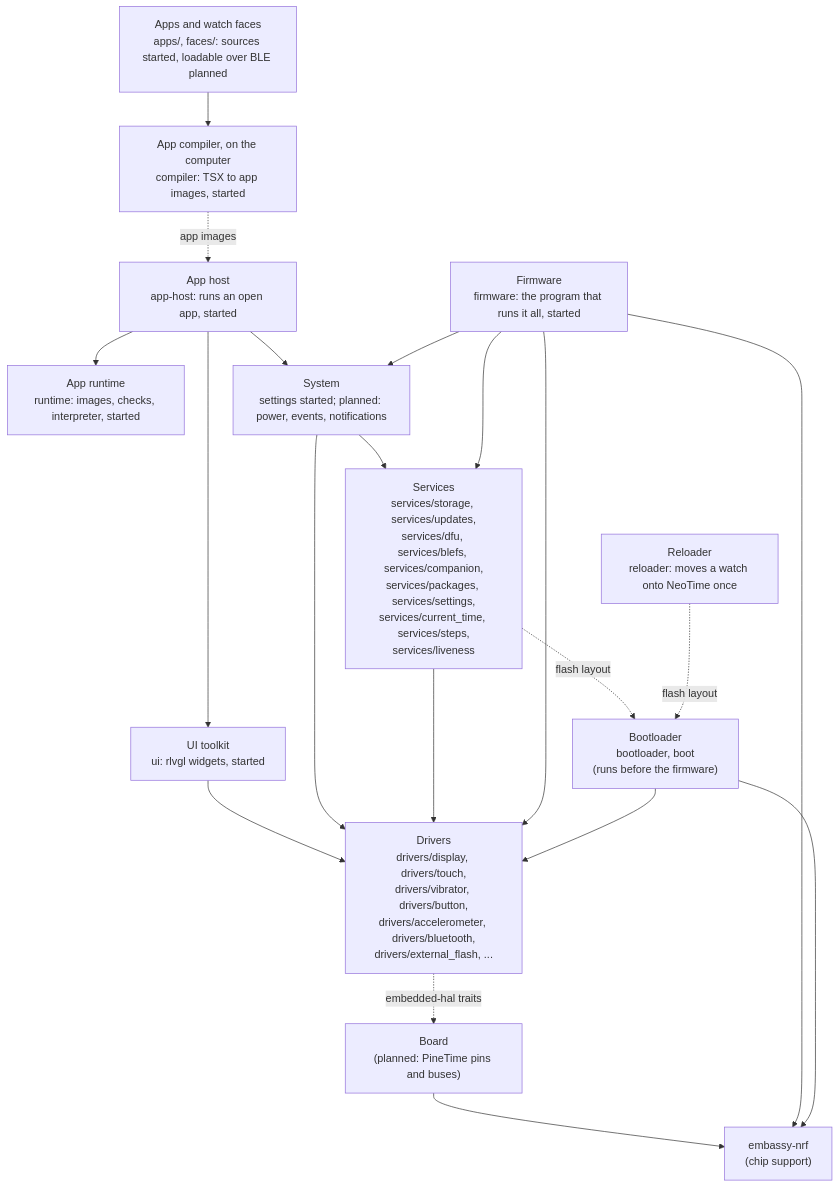
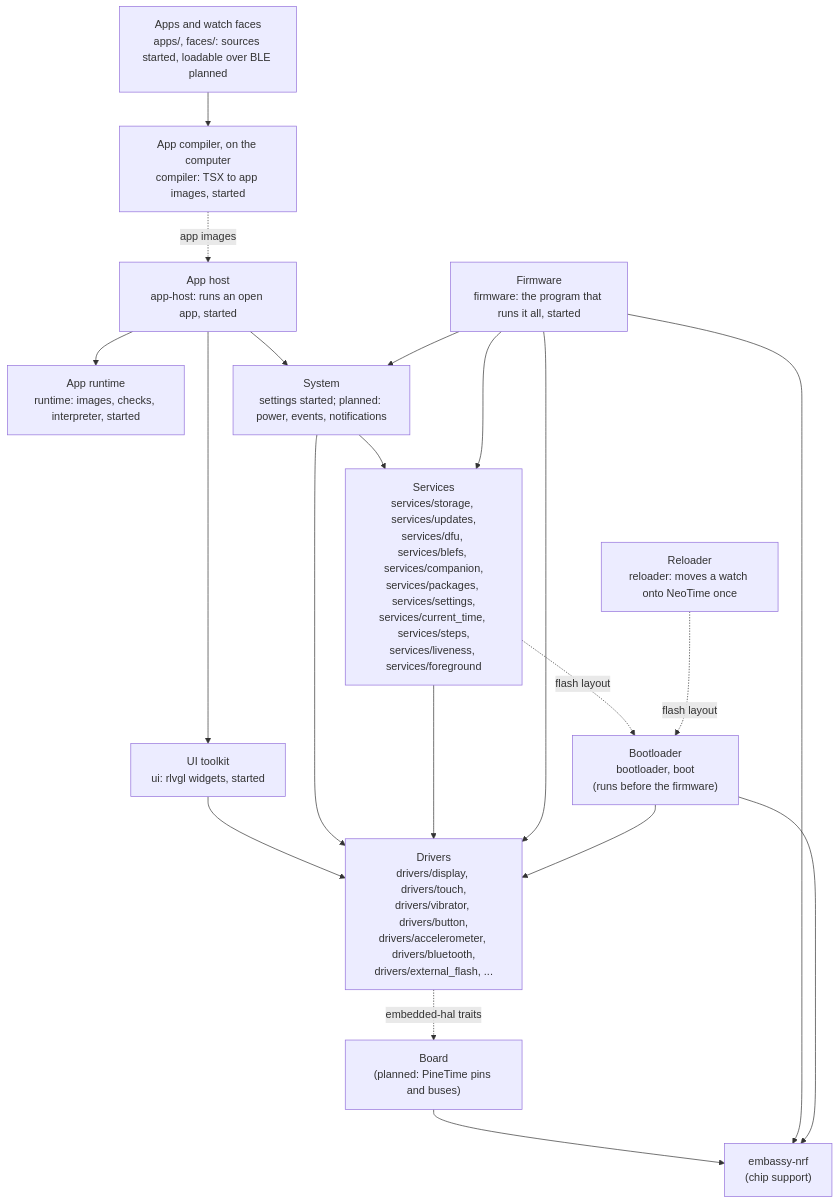
One commit to BeatLink/BattleTime changed the diagram in docs/architecture.md. Above: the diagram before and after it, drawn with Mermaid. The commit also changed other lines of this file and 15 other files, not shown here.

````diff
--- a/docs/architecture.md
+++ b/docs/architecture.md
@@ -28,38 +28,38 @@
 ```mermaid
 flowchart TB
     apps["Apps and watch faces<br/>apps/, faces/: sources started, loadable over BLE planned"]
     host["App host<br/>app-host: runs an open app, started"]
     compiler["App compiler, on the computer<br/>compiler: TSX to app images, started"]
     runtime["App runtime<br/>runtime: images, checks, interpreter, started"]
     ui["UI toolkit<br/>ui: rlvgl widgets, started"]
     system["System<br/>settings started; planned: power, events, notifications"]
-    services["Services<br/>services/storage, services/updates,<br/>services/dfu, services/blefs, services/companion,<br/>services/packages, services/settings,<br/>services/current_time, services/steps,<br/>services/liveness"]
+    services["Services<br/>services/storage, services/updates,<br/>services/dfu, services/blefs, services/companion,<br/>services/packages, services/settings,<br/>services/current_time, services/steps,<br/>services/liveness, services/foreground"]
     drivers["Drivers<br/>drivers/display, drivers/touch,<br/>drivers/vibrator, drivers/button,<br/>drivers/accelerometer, drivers/bluetooth,<br/>drivers/external_flash, ..."]
     board["Board<br/>(planned: PineTime pins and buses)"]
     hal["embassy-nrf<br/>(chip support)"]
 
     apps --> compiler
     compiler -. app images .-> host
     host --> runtime
     host --> ui
     host --> system
     ui --> drivers
     system --> services
     system --> drivers
     services --> drivers
     drivers -. embedded-hal traits .-> board
     board --> hal
 
     firmware["Firmware<br/>firmware: the program that runs it all, started"]
     firmware --> system
     firmware --> services
     firmware --> drivers
     firmware --> hal
 
     bootloader["Bootloader<br/>bootloader, boot<br/>(runs before the firmware)"]
     bootloader --> drivers
     bootloader --> hal
     services -. flash layout .-> bootloader
     reloader["Reloader<br/>reloader: moves a watch onto NeoTime once"]
     reloader -. flash layout .-> bootloader
 ```
````
